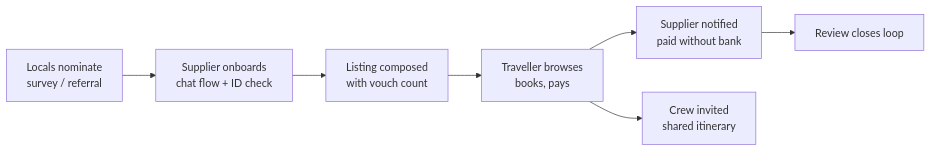
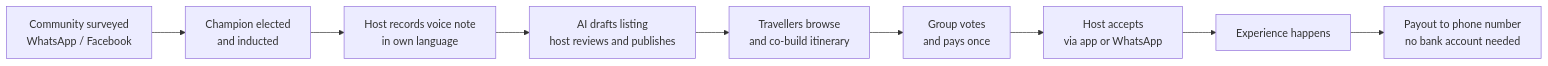
One commit to SpecnoDev/Hackathon changed the diagram in docs/PRD-context.md. Above: the diagram before and after it, drawn with Mermaid. The commit also changed other lines of this file and 1 other file, not shown here.

````diff
--- a/docs/PRD-context.md
+++ b/docs/PRD-context.md
@@ -47,9 +47,11 @@
 ```mermaid
 flowchart LR
-  A[Locals nominate<br/>survey / referral] --> B[Supplier onboards<br/>chat flow + ID check]
-  B --> C[Listing composed<br/>with vouch count]
-  C --> D[Traveller browses<br/>books, pays]
-  D --> E[Supplier notified<br/>paid without bank]
-  D --> F[Crew invited<br/>shared itinerary]
-  E --> G[Review closes loop]
+  A[Community surveyed<br/>WhatsApp / Facebook] --> B[Champion elected<br/>and inducted]
+  B --> C[Host records voice note<br/>in own language]
+  C --> D[AI drafts listing<br/>host reviews and publishes]
+  D --> E[Travellers browse<br/>and co-build itinerary]
+  E --> F[Group votes<br/>and pays once]
+  F --> G[Host accepts<br/>via app or WhatsApp]
+  G --> H[Experience happens]
+  H --> I[Payout to phone number<br/>no bank account needed]
 ```
````
